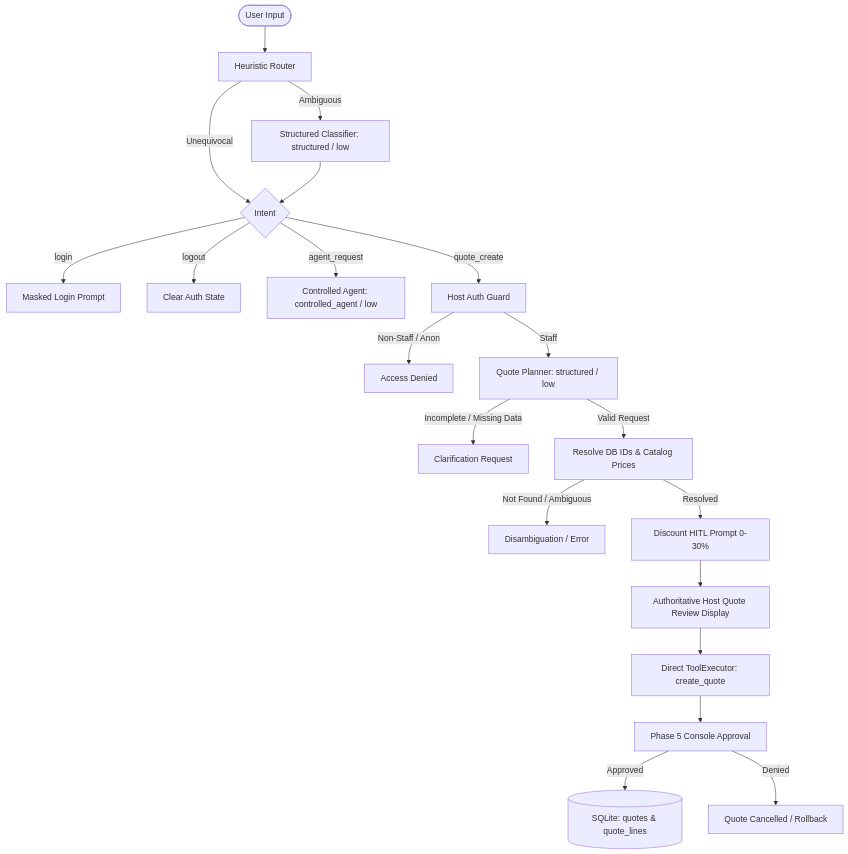
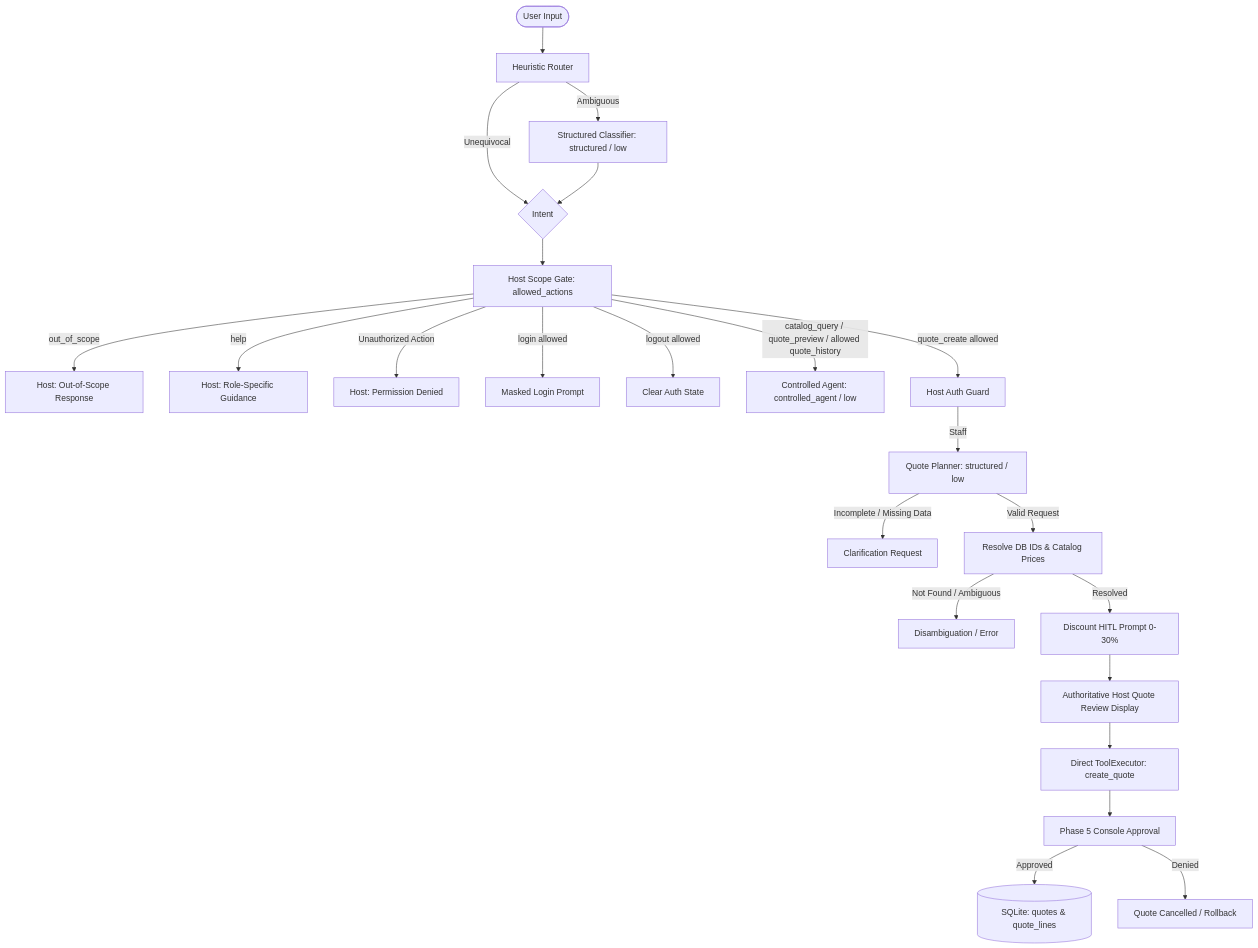
The diagram in examples/smart_quote_agent/README.md (fernan2cp/proteo-runtime), drawn with Mermaid before and after one commit. The commit also changed other lines of this file and 3 other files, not shown here.

First line of the commit message:
feat(examples): add application-scope containment to Smart Quote Agent

````diff
--- a/examples/smart_quote_agent/README.md
+++ b/examples/smart_quote_agent/README.md
@@ -16,28 +28,29 @@
 ```mermaid
 flowchart TD
     User([User Input]) --> Router[Heuristic Router]
-    Router -->|Unequivocal| DirectBranch{Intent}
+    Router -->|Unequivocal| DirectIntent{Intent}
     Router -->|Ambiguous| StructuredClassifier[Structured Classifier: structured / low]
-    StructuredClassifier --> DirectBranch
+    StructuredClassifier --> DirectIntent
 
-    DirectBranch -->|login| LoginHITL[Masked Login Prompt]
-    DirectBranch -->|logout| Logout[Clear Auth State]
-    DirectBranch -->|agent_request| ControlledAgent[Controlled Agent: controlled_agent / low]
-    DirectBranch -->|quote_create| AuthGuard[Host Auth Guard]
+    DirectIntent --> ScopeGate[Host Scope Gate: allowed_actions]
 
-    AuthGuard -->|Non-Staff / Anon| AccessDenied[Access Denied]
+    ScopeGate -->|out_of_scope| OutOfScopeOutput[Host: Out-of-Scope Response]
+    ScopeGate -->|help| HelpOutput[Host: Role-Specific Guidance]
+    ScopeGate -->|Unauthorized Action| DeniedOutput[Host: Permission Denied]
+
+    ScopeGate -->|login allowed| LoginHITL[Masked Login Prompt]
+    ScopeGate -->|logout allowed| Logout[Clear Auth State]
+    ScopeGate -->|catalog_query / quote_preview / allowed quote_history| ControlledAgent[Controlled Agent: controlled_agent / low]
+    ScopeGate -->|quote_create allowed| AuthGuard[Host Auth Guard]
+
     AuthGuard -->|Staff| QuotePlanner[Quote Planner: structured / low]
-
     QuotePlanner -->|Incomplete / Missing Data| ClarifyPrompt[Clarification Request]
     QuotePlanner -->|Valid Request| ResolveData[Resolve DB IDs & Catalog Prices]
-
     ResolveData -->|Not Found / Ambiguous| AmbiguityMessage[Disambiguation / Error]
     ResolveData -->|Resolved| DiscountHITL[Discount HITL Prompt 0-30%]
-
     DiscountHITL --> QuoteReview[Authoritative Host Quote Review Display]
     QuoteReview --> CreateQuoteTool[Direct ToolExecutor: create_quote]
     CreateQuoteTool --> ApprovalHITL[Phase 5 Console Approval]
-
     ApprovalHITL -->|Approved| AtomicWrite[(SQLite: quotes & quote_lines)]
-    ApprovalHITL -->|Denied| DeniedOutput[Quote Cancelled / Rollback]
+    ApprovalHITL -->|Denied| CancelledOutput[Quote Cancelled / Rollback]
 ```
````
